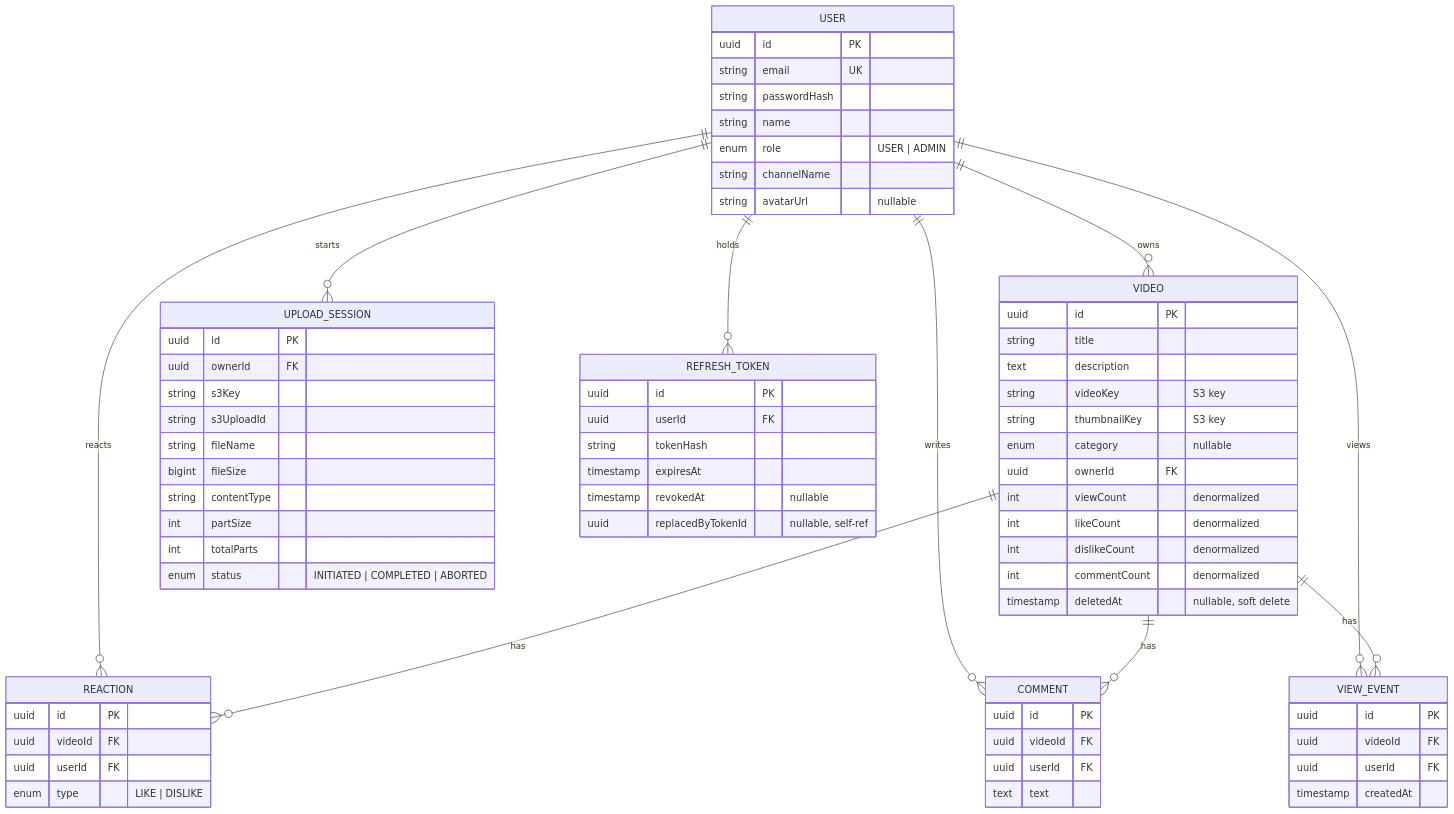
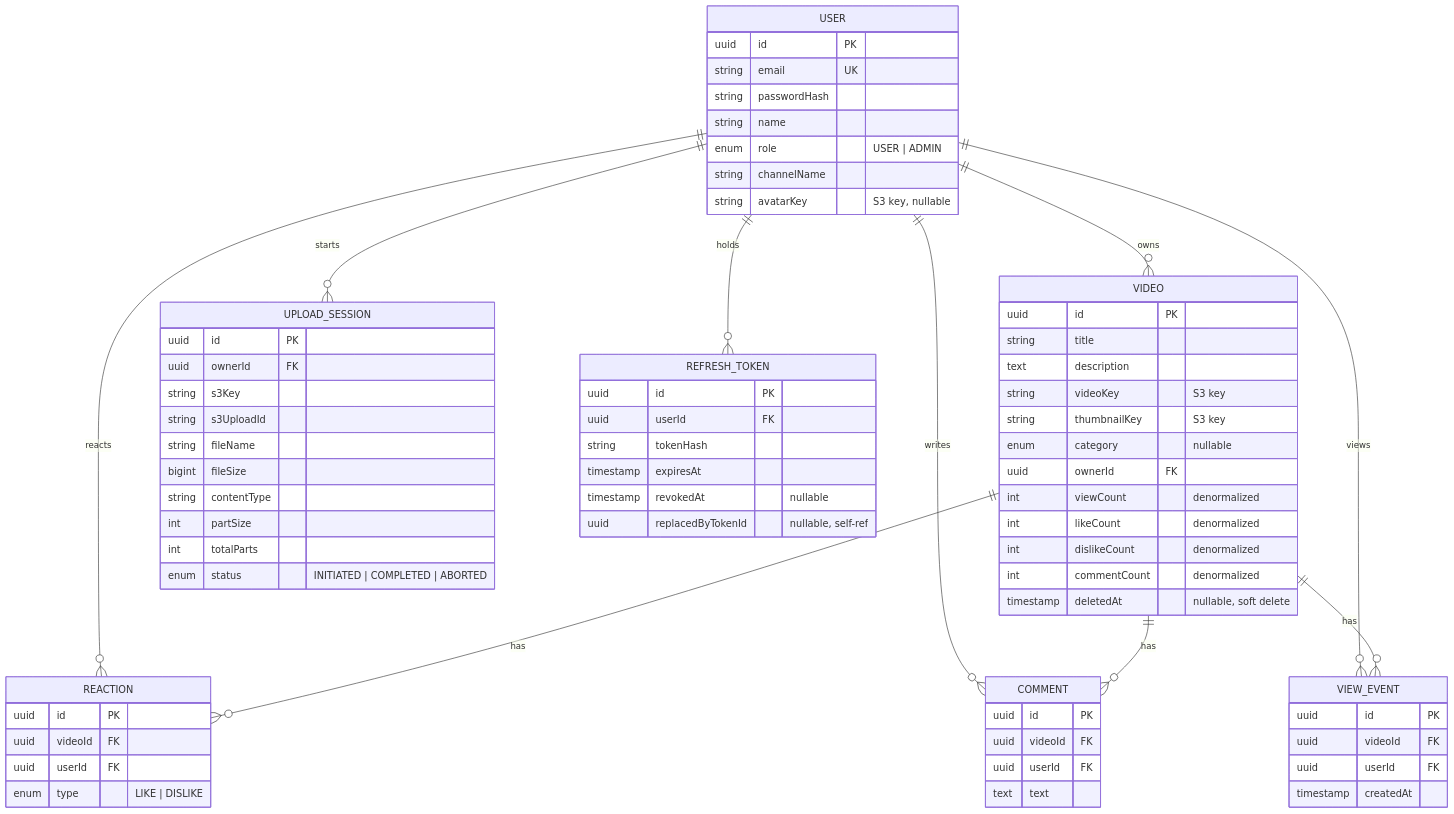
One commit to NishantKathrotiya22/yt-assesment changed the second of 4 diagrams in ARCHITECTURE.md. Above: the diagram before and after it, drawn with Mermaid. The commit also changed other lines of this file and 14 other files, not shown here.

First line of the commit message:
feat: add avatar upload flow, rename User.avatarUrl to avatarKey

````diff
--- a/ARCHITECTURE.md
+++ b/ARCHITECTURE.md
@@ -143,74 +143,74 @@
 ```mermaid
 erDiagram
     USER ||--o{ VIDEO : owns
     USER ||--o{ UPLOAD_SESSION : starts
     USER ||--o{ REACTION : reacts
     USER ||--o{ COMMENT : writes
     USER ||--o{ VIEW_EVENT : views
     USER ||--o{ REFRESH_TOKEN : holds
     VIDEO ||--o{ REACTION : has
     VIDEO ||--o{ COMMENT : has
     VIDEO ||--o{ VIEW_EVENT : has
 
     USER {
         uuid id PK
         string email UK
         string passwordHash
         string name
         enum role "USER | ADMIN"
         string channelName
-        string avatarUrl "nullable"
+        string avatarKey "S3 key, nullable"
     }
     VIDEO {
         uuid id PK
         string title
         text description
         string videoKey "S3 key"
         string thumbnailKey "S3 key"
         enum category "nullable"
         uuid ownerId FK
         int viewCount "denormalized"
         int likeCount "denormalized"
         int dislikeCount "denormalized"
         int commentCount "denormalized"
         timestamp deletedAt "nullable, soft delete"
     }
     UPLOAD_SESSION {
         uuid id PK
         uuid ownerId FK
         string s3Key
         string s3UploadId
         string fileName
         bigint fileSize
         string contentType
         int partSize
         int totalParts
         enum status "INITIATED | COMPLETED | ABORTED"
     }
     REACTION {
         uuid id PK
         uuid videoId FK
         uuid userId FK
         enum type "LIKE | DISLIKE"
     }
     COMMENT {
         uuid id PK
         uuid videoId FK
         uuid userId FK
         text text
     }
     VIEW_EVENT {
         uuid id PK
         uuid videoId FK
         uuid userId FK
         timestamp createdAt
     }
     REFRESH_TOKEN {
         uuid id PK
         uuid userId FK
         string tokenHash
         timestamp expiresAt
         timestamp revokedAt "nullable"
         uuid replacedByTokenId "nullable, self-ref"
     }
 ```
````
